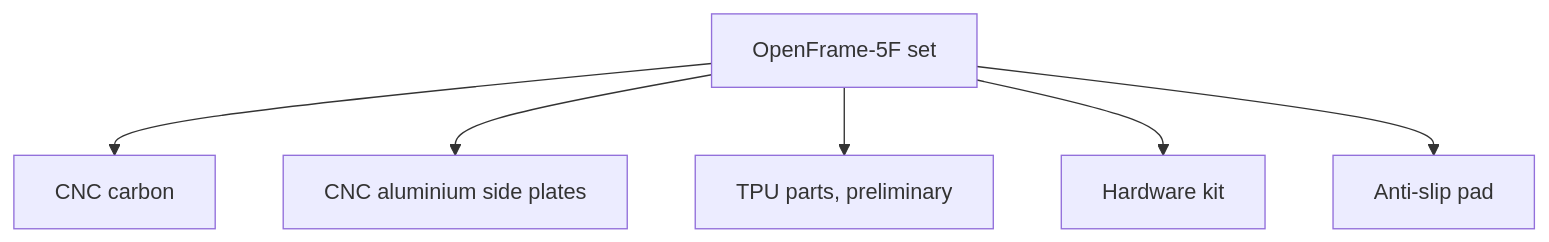
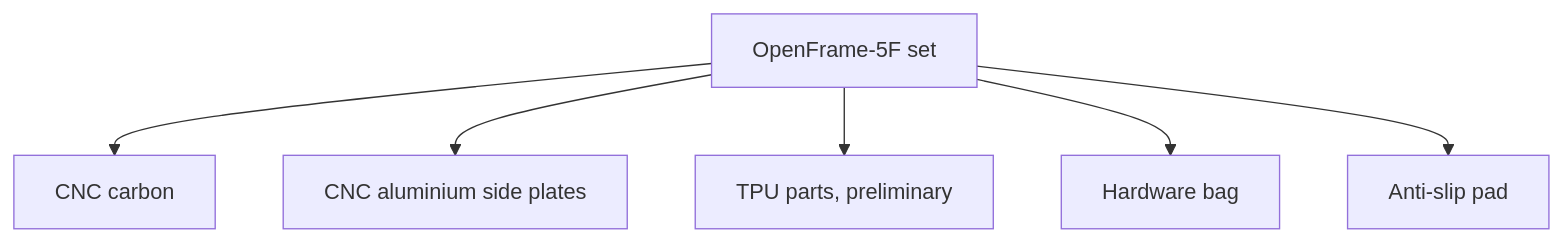
Before and after one commit to OpenDrone-hw/OpenFrame-5F: the second of 2 diagrams in README.md, drawn with Mermaid. The commit also changed other lines of this file, not shown here.

First line of the commit message:
README: call the screw bag a hardware bag, not a kit (#14)

````diff
--- a/README.md
+++ b/README.md
@@ -68,8 +68,8 @@
 ```mermaid
 flowchart TB
   SET["OpenFrame-5F set"] --> CF["CNC carbon"]
   SET --> AL["CNC aluminium side plates"]
   SET --> TPU["TPU parts, preliminary"]
-  SET --> KIT["Hardware kit"]
+  SET --> KIT["Hardware bag"]
   SET --> PAD["Anti-slip pad"]
 ```
````
